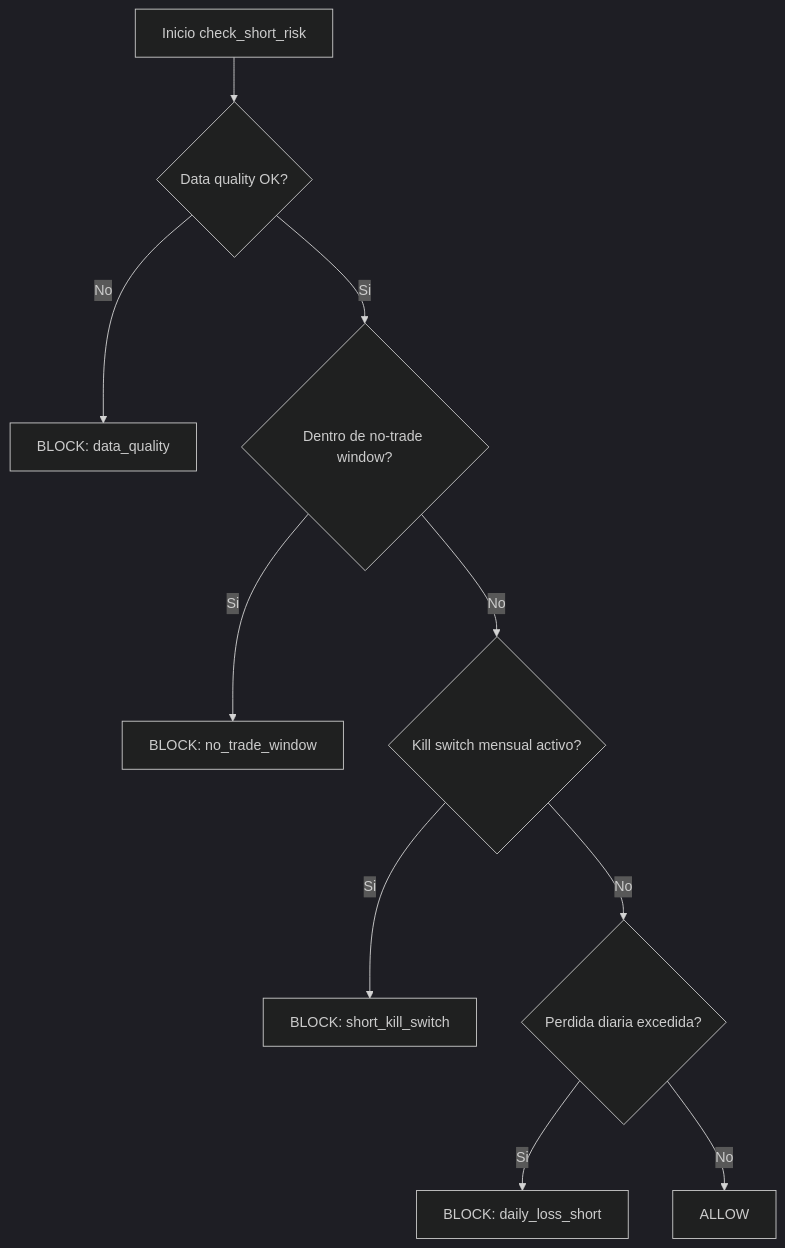
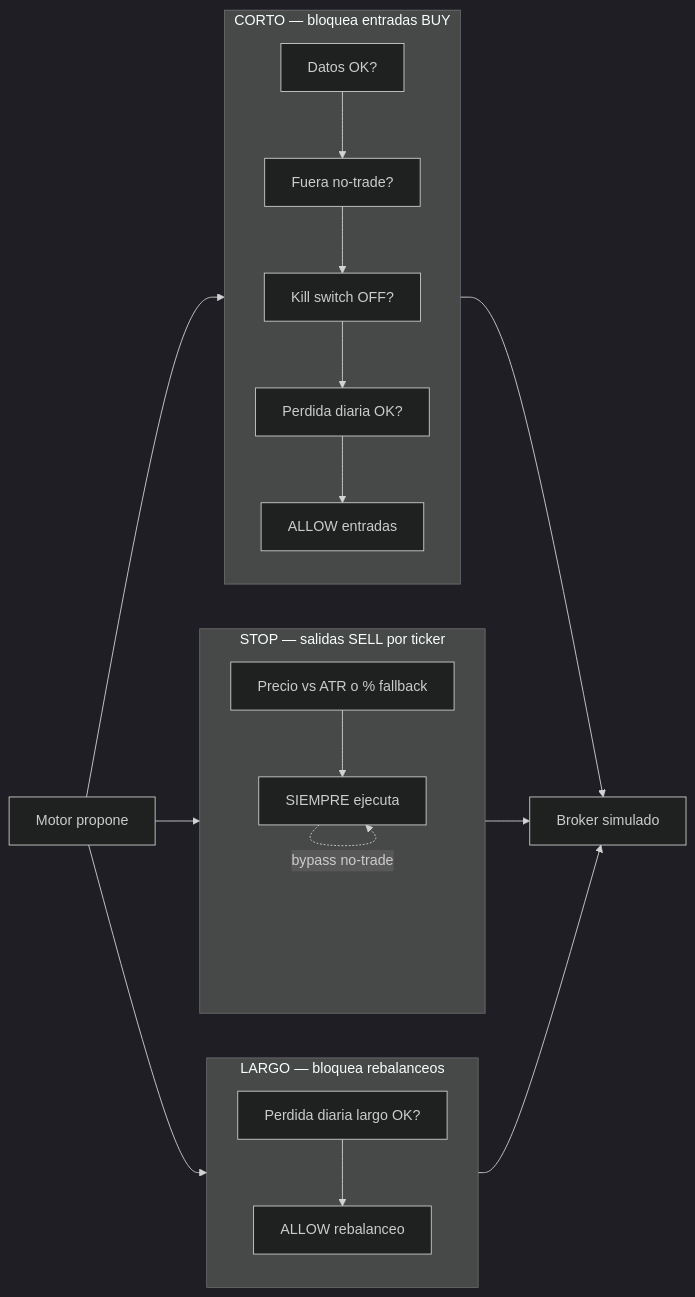
Before and after one commit to agus-chaud/Bot-de-Trading: the second of 4 diagrams in docs/project-overview.md, drawn with Mermaid (dark theme). The commit also changed other lines of this file and 2 other files, not shown here.

````diff
--- a/docs/project-overview.md
+++ b/docs/project-overview.md
@@ -102,12 +136,22 @@
 ```mermaid
-flowchart TD
-    A[Inicio check_short_risk] --> B{Data quality OK?}
-    B -- No --> X[BLOCK: data_quality]
-    B -- Si --> C{Dentro de no-trade window?}
-    C -- Si --> Y[BLOCK: no_trade_window]
-    C -- No --> D{Kill switch mensual activo?}
-    D -- Si --> Z[BLOCK: short_kill_switch]
-    D -- No --> E{Perdida diaria excedida?}
-    E -- Si --> W[BLOCK: daily_loss_short]
-    E -- No --> F[ALLOW]
+flowchart LR
+  subgraph corto["CORTO — bloquea entradas BUY"]
+    C1[Datos OK?] --> C2[Fuera no-trade?]
+    C2 --> C3[Kill switch OFF?]
+    C3 --> C4[Perdida diaria OK?]
+    C4 --> C5[ALLOW entradas]
+  end
+  subgraph stop["STOP — salidas SELL por ticker"]
+    S1[Precio vs ATR o % fallback] --> S2[SIEMPRE ejecuta]
+    S2 -. bypass no-trade .-> S2
+  end
+  subgraph largo["LARGO — bloquea rebalanceos"]
+    L1[Perdida diaria largo OK?] --> L2[ALLOW rebalanceo]
+  end
+  M[Motor propone] --> corto
+  M --> stop
+  M --> largo
+  corto --> B[Broker simulado]
+  stop --> B
+  largo --> B
 ```
````
